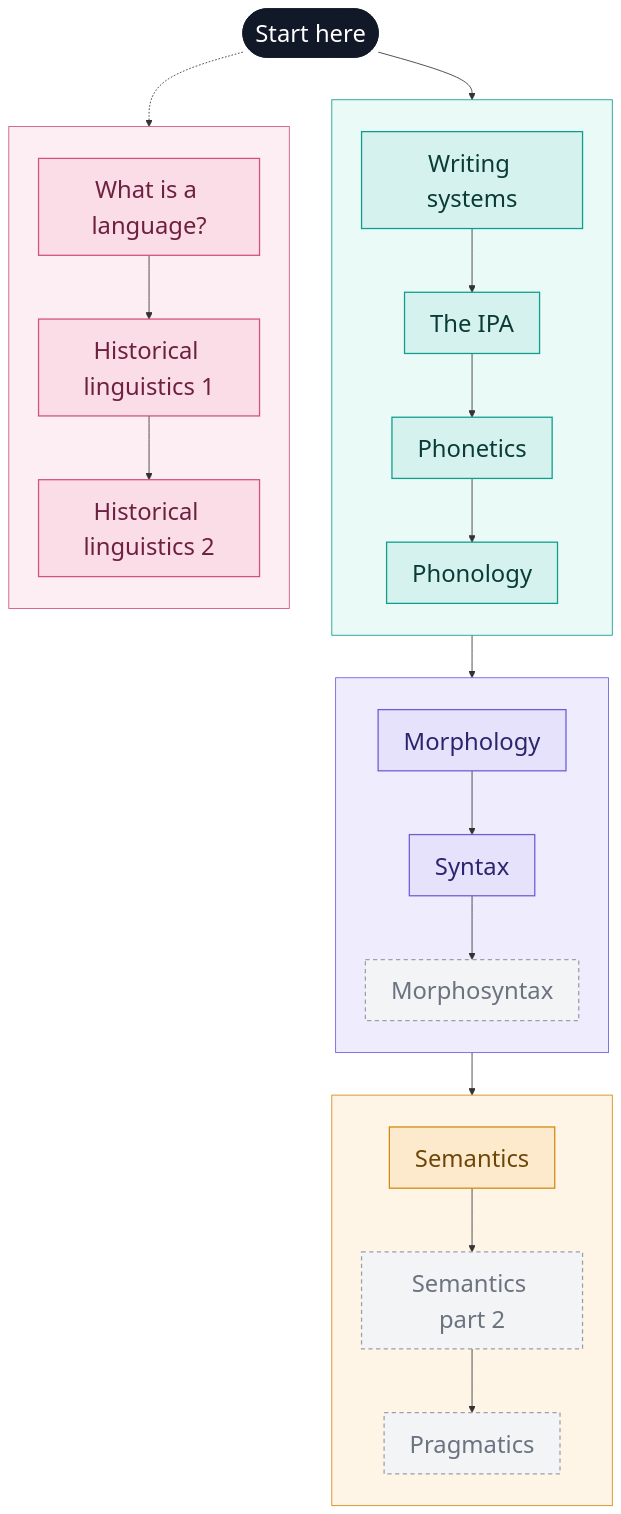
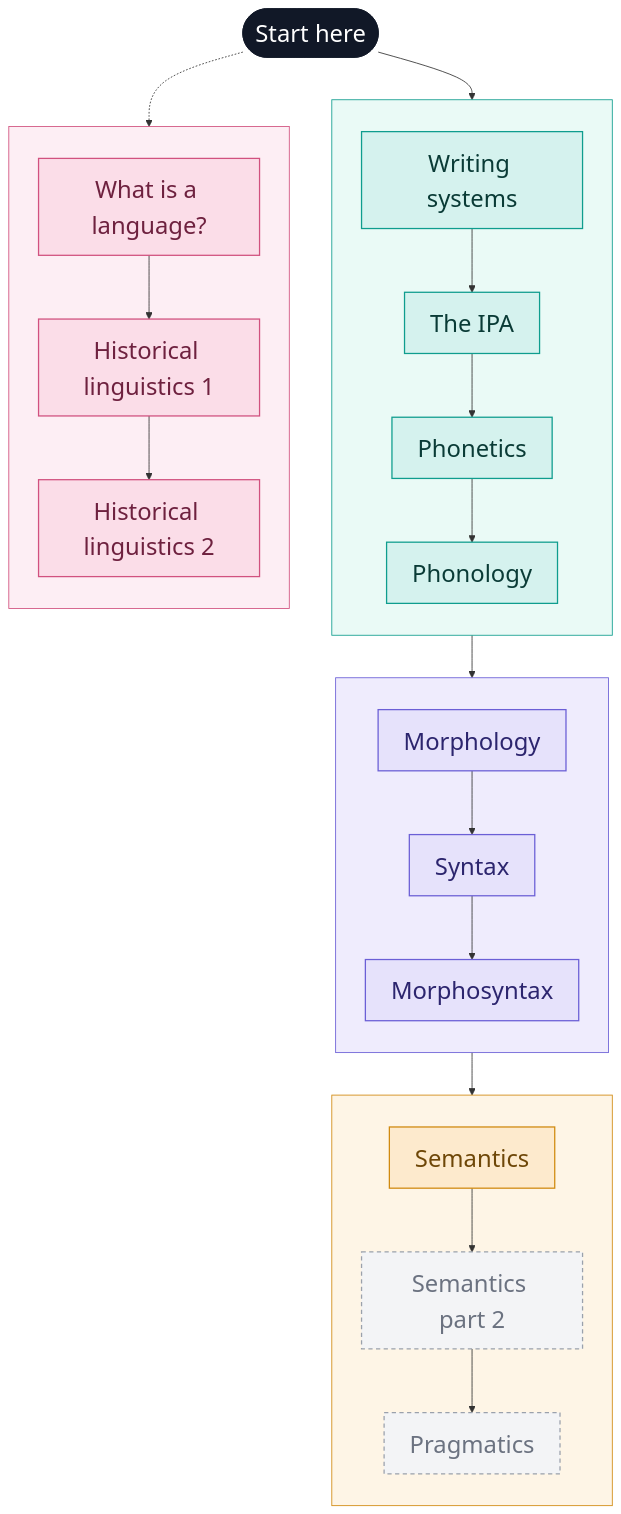
The diagram in blog/order.qmd (vaishnavsudarshan/vaishnavsudarshan.github.io), drawn with Mermaid before and after one commit. The commit also changed 32 other files, not shown here.

````diff
--- a/blog/order.qmd
+++ b/blog/order.qmd
@@ -9,51 +9,52 @@
 ```{mermaid}
 %%| fig-align: center
 %%{init: {"themeVariables": {"fontSize": "28px"}}}%%
 flowchart TB
     Start([Start here]) --> WS
     subgraph S1 [" "]
         direction TB
         WS[Writing systems] --> IPA[The IPA] --> PH[Phonetics] --> PN[Phonology]
     end
     subgraph S2 [" "]
         direction TB
         MO[Morphology] --> SY[Syntax] --> MS[Morphosyntax]
     end
     subgraph S3 [" "]
         direction TB
         SE[Semantics] --> S2b[Semantics part 2] --> PR[Pragmatics]
     end
     subgraph S4 [" "]
         direction TB
         WIL[What is a language?] --> H1[Historical linguistics 1] --> H2[Historical linguistics 2]
     end
     PN --> MO
     MS --> SE
     Start -.-> WIL
     classDef start fill:#111827,stroke:#111827,color:#ffffff
     classDef s1 fill:#d5f2ee,stroke:#0f9d8e,stroke-width:1.5px,color:#0a3b36
     classDef s2 fill:#e6e2fb,stroke:#6b5fd6,stroke-width:1.5px,color:#2c256e
     classDef s3 fill:#fdeacd,stroke:#d18a10,stroke-width:1.5px,color:#6e4708
     classDef s4 fill:#fbdde8,stroke:#d1517f,stroke-width:1.5px,color:#6e213f
     classDef soon fill:#f3f4f6,stroke:#9aa1ac,stroke-width:1.5px,color:#6b7280,stroke-dasharray:5 4
     class Start start
     class WS,IPA,PH,PN s1
-    class MO,SY s2
+    class MO,SY,MS s2
     class SE s3
     class WIL,H1,H2 s4
-    class MS,S2b,PR soon
+    class S2b,PR soon
     style S1 fill:#eafaf6,stroke:#0f9d8e
     style S2 fill:#efecfd,stroke:#6b5fd6
     style S3 fill:#fef5e6,stroke:#d18a10
     style S4 fill:#fdeef4,stroke:#d1517f
     click WS href "https://vaishnavs.net/posts/Writing-Systems/" _blank
     click IPA href "https://vaishnavs.net/posts/The-IPA/" _blank
     click PH href "https://vaishnavs.net/posts/Phonetics/" _blank
     click PN href "https://vaishnavs.net/posts/Phonology/" _blank
     click MO href "https://vaishnavs.net/posts/Morphology/" _blank
     click SY href "https://vaishnavs.net/posts/Syntax-Part-1/" _blank
     click SE href "https://vaishnavs.net/posts/Semantics/" _blank
     click WIL href "https://vaishnavs.net/posts/WhatIsALanguage/" _blank
     click H1 href "https://vaishnavs.net/posts/Historical-Linguistics-1/" _blank
     click H2 href "https://vaishnavs.net/posts/Historical-Linguistics-2/" _blank
+    click MS href "https://vaishnavs.net/posts/Morphosyntax" _blank
 ```
````
